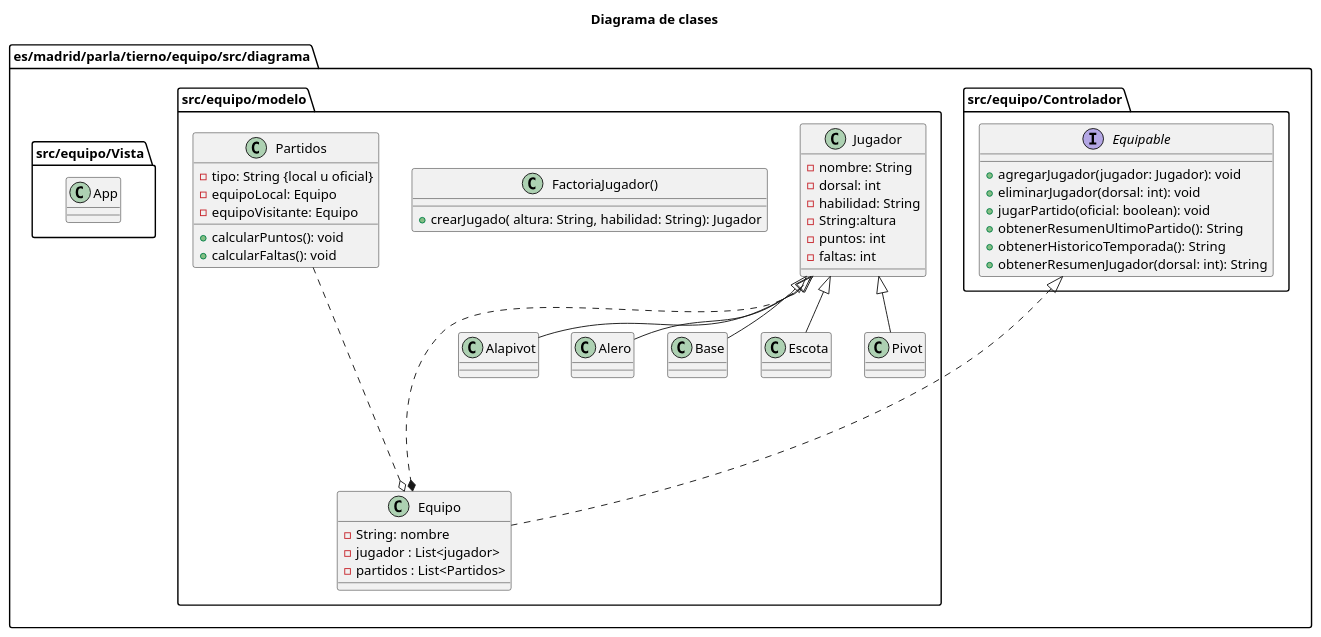
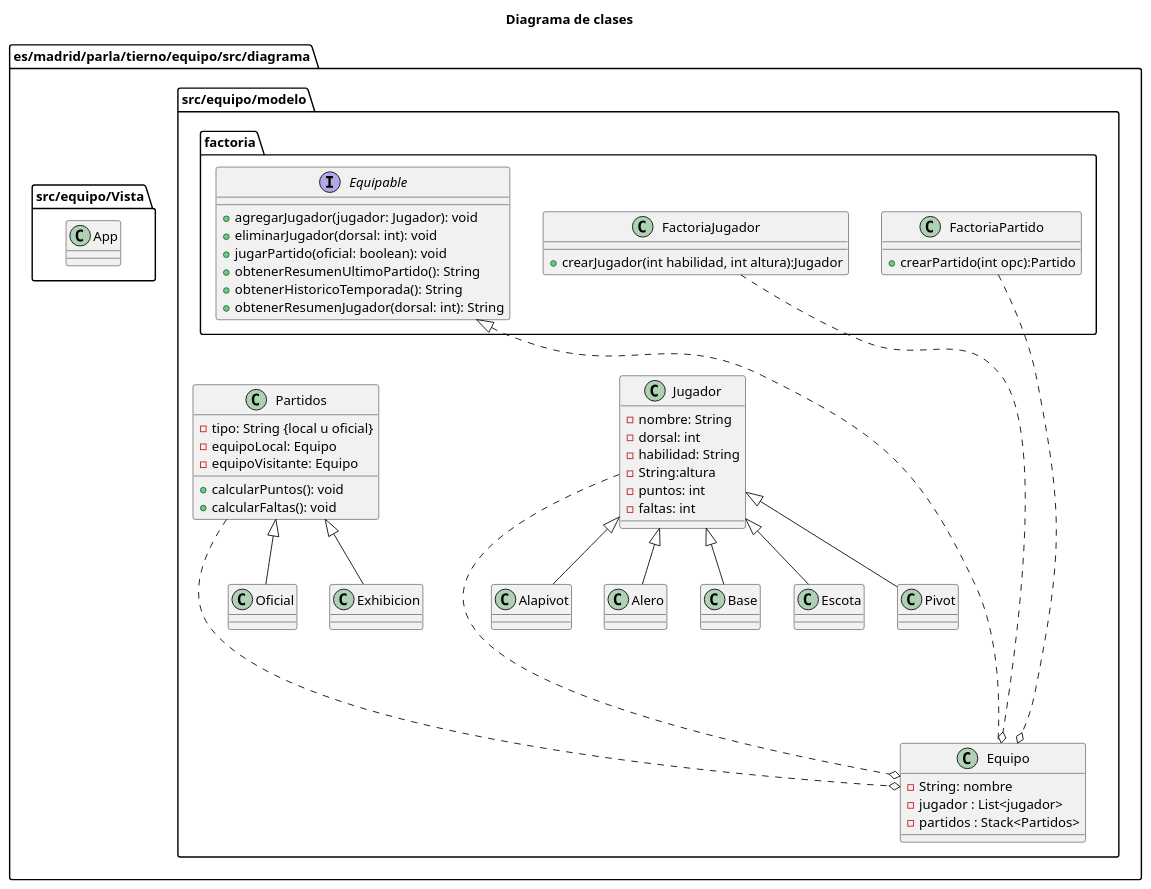
Before and after one commit to Kelvinbex2/Equipo: the diagram in src/Diagrama/Diagrama.pu, drawn with PlantUML. The commit also changed 7 other files, not shown here.

```diff
--- a/src/Diagrama/Diagrama.pu
+++ b/src/Diagrama/Diagrama.pu
@@ -1,91 +1,105 @@
 @startuml a
 title "Diagrama de clases"
 
 package es/madrid/parla/tierno/equipo/src/diagrama{
-    package src/equipo/Controlador{
 
-        interface Equipable{
-            + agregarJugador(jugador: Jugador): void
-            + eliminarJugador(dorsal: int): void
-            + jugarPartido(oficial: boolean): void
-            + obtenerResumenUltimoPartido(): String
-            + obtenerHistoricoTemporada(): String
-            + obtenerResumenJugador(dorsal: int): String
-        }
-
-    }
 
 
     package src/equipo/modelo{
+
+        package factoria{
+
+            interface Equipable{
+                + agregarJugador(jugador: Jugador): void
+                + eliminarJugador(dorsal: int): void
+                + jugarPartido(oficial: boolean): void
+                + obtenerResumenUltimoPartido(): String
+                + obtenerHistoricoTemporada(): String
+                + obtenerResumenJugador(dorsal: int): String
+            }
+
+            class FactoriaJugador{
+                +crearJugador(int habilidad, int altura):Jugador
+            }
+            class FactoriaPartido{
+                +crearPartido(int opc):Partido
+            }
+
+        }
         class Equipo{
             - String: nombre
             - jugador : List<jugador>
-            - partidos : List<Partidos>
+            - partidos : Stack<Partidos>
         }
 
 
         class Jugador{
             - nombre: String
             - dorsal: int
             - habilidad: String
             - String:altura
             - puntos: int
             - faltas: int
         }
         class Alapivot extends Jugador{
 
         }
 
         class Alero extends Jugador{
 
         }
 
         class Base extends Jugador{
 
         }
 
         class Escota extends Jugador{
 
         }
 
         class Pivot extends Jugador{
 
         }
 
 
-        class FactoriaJugador(){
-            + crearJugado( altura: String, habilidad: String): Jugador
-                
+        class Oficial extends Partidos{
+            
+        }
+
+        class Exhibicion extends Partidos{
+
         }
 
 
         class Partidos{
 
             - tipo: String {local u oficial}
             - equipoLocal: Equipo
             - equipoVisitante: Equipo
 
             + calcularPuntos(): void
             + calcularFaltas(): void
 
 
         }
 
 
     }
 
 
     package src/equipo/Vista{
         class App {}
 
     }
 
 
     Equipable <|.... Equipo
-    Jugador ....*  Equipo
+    Jugador ....o  Equipo
     Partidos ....o Equipo
+    FactoriaJugador .....o Equipo
+    FactoriaPartido .....o Equipo
 
 
 }
 
 @enduml
```
